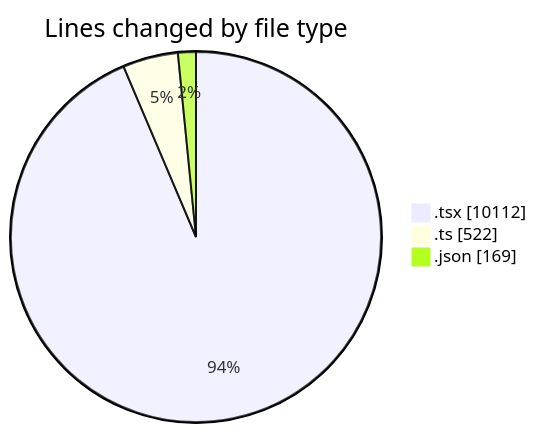
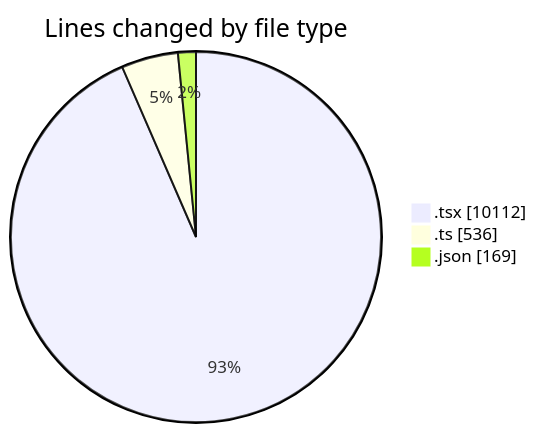
The first of 2 diagrams in 2025-02-18/mbc-web/README.md (robertbonfada/code-tracking), drawn with Mermaid before and after one commit. The commit also changed other lines of this file and 1 other file, not shown here.

````diff
--- a/2025-02-18/mbc-web/README.md
+++ b/2025-02-18/mbc-web/README.md
@@ -133,7 +133,7 @@
 ```mermaid
 pie showData
 title Lines changed by file type
 ".tsx" : 10112
-".ts" : 522
+".ts" : 536
 ".json" : 169
 ```
````
